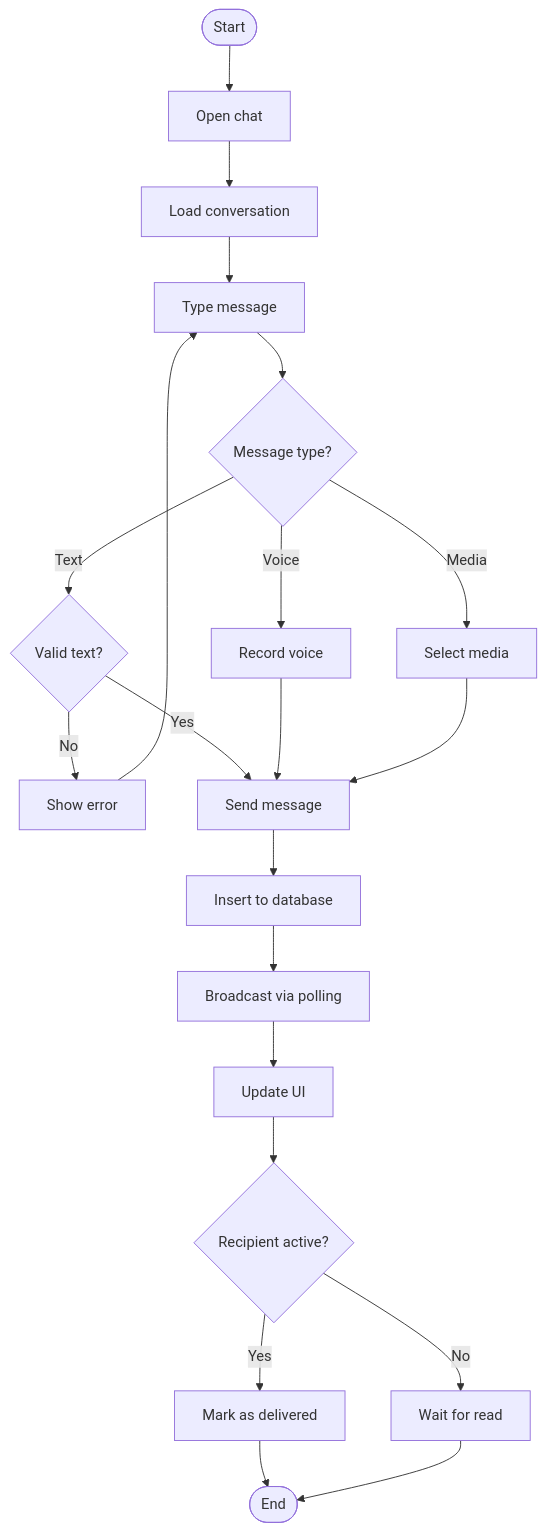
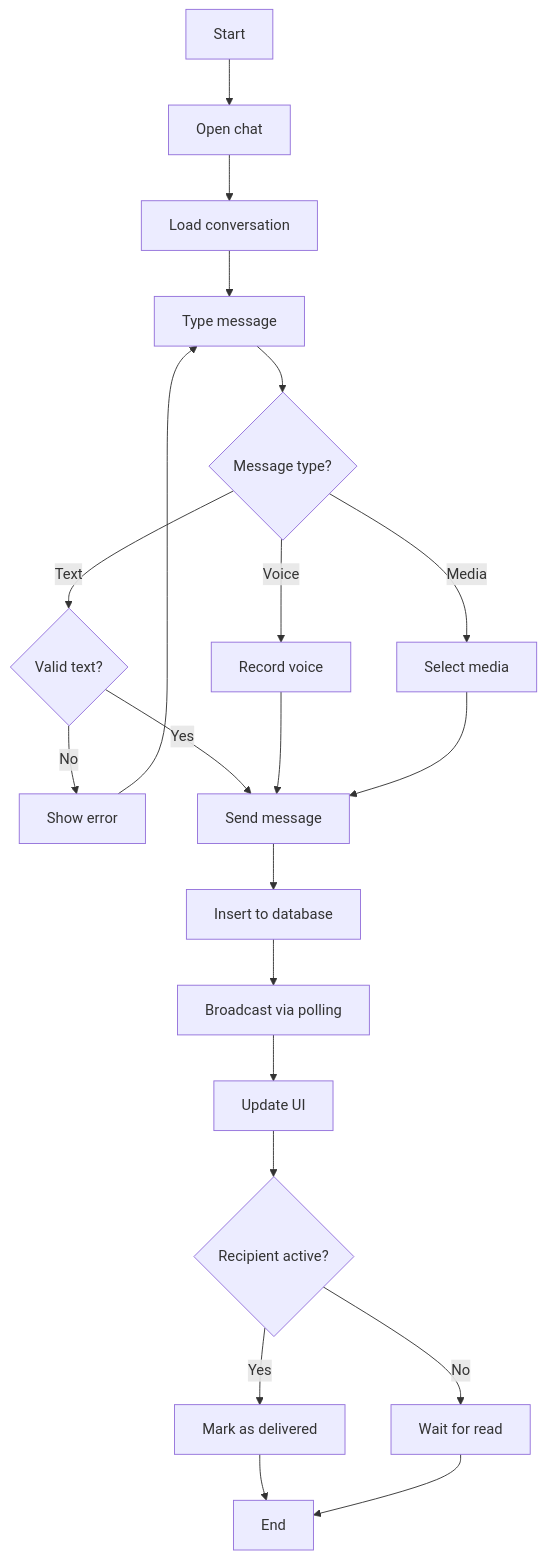
Diagram 14 of 29 in UML.md (vd120/laravel_project), drawn with Mermaid before and after one commit. The commit also changed other lines of this file, not shown here.

````diff
--- a/UML.md
+++ b/UML.md
@@ -932,23 +926,23 @@
 ```mermaid
 flowchart TD
-    A([Start]) --> B[Open chat]
+    A[Start] --> B[Open chat]
     B --> C[Load conversation]
     C --> D[Type message]
     D --> E{Message type?}
     E -->|Text| F{Valid text?}
     E -->|Voice| G[Record voice]
     E -->|Media| H[Select media]
     F -->|No| I[Show error]
     I --> D
     F -->|Yes| J[Send message]
     G --> J
     H --> J
     J --> K[Insert to database]
     K --> L[Broadcast via polling]
     L --> M[Update UI]
     M --> N{Recipient active?}
     N -->|Yes| O[Mark as delivered]
     N -->|No| P[Wait for read]
-    O --> Q([End])
+    O --> Q[End]
     P --> Q
 ```
````
